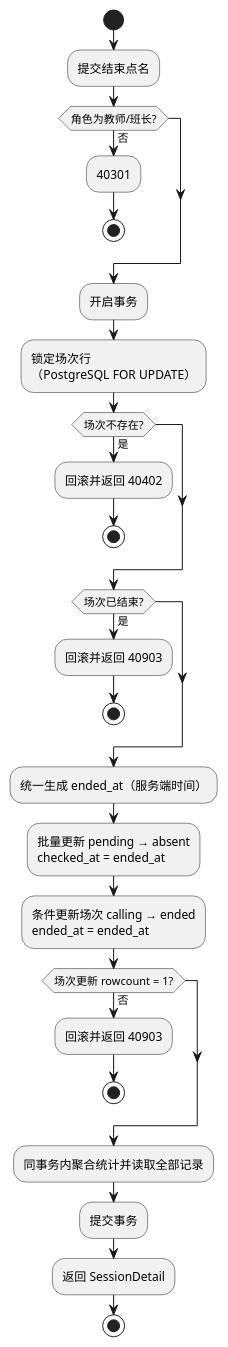
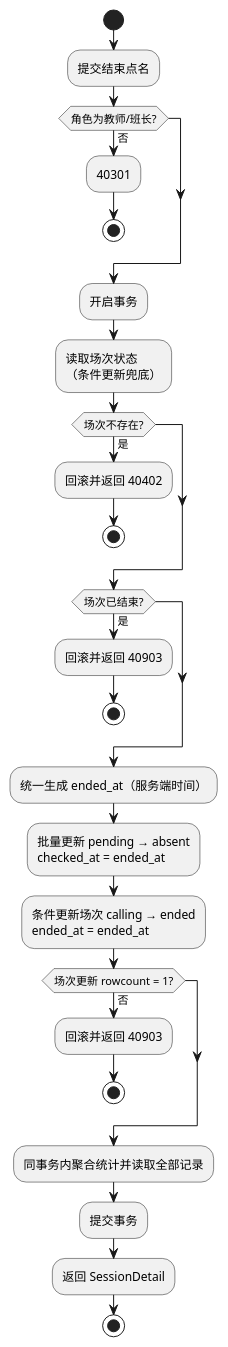
One commit to sparrow-max/teachers-treasure changed the sixth of 8 diagrams in .codeartsdoer/specs/teacher_rollcall/design.md. Above: the diagram before and after it, drawn with PlantUML. The commit also changed other lines of this file and 33 other files, not shown here.

````diff
--- a/.codeartsdoer/specs/teacher_rollcall/design.md
+++ b/.codeartsdoer/specs/teacher_rollcall/design.md
@@ -532,31 +532,31 @@
 ```plantuml
 @startuml
 start
 :提交结束点名;
 if (角色为教师/班长?) then (否)
   :40301;
   stop
 endif
 :开启事务;
-:锁定场次行\n（PostgreSQL FOR UPDATE）;
+:读取场次状态\n（条件更新兜底）;
 if (场次不存在?) then (是)
   :回滚并返回 40402;
   stop
 endif
 if (场次已结束?) then (是)
   :回滚并返回 40903;
   stop
 endif
 :统一生成 ended_at（服务端时间）;
 :批量更新 pending → absent\nchecked_at = ended_at;
 :条件更新场次 calling → ended\nended_at = ended_at;
 if (场次更新 rowcount = 1?) then (否)
   :回滚并返回 40903;
   stop
 endif
 :同事务内聚合统计并读取全部记录;
 :提交事务;
 :返回 SessionDetail;
 stop
 @enduml
 ```
````
